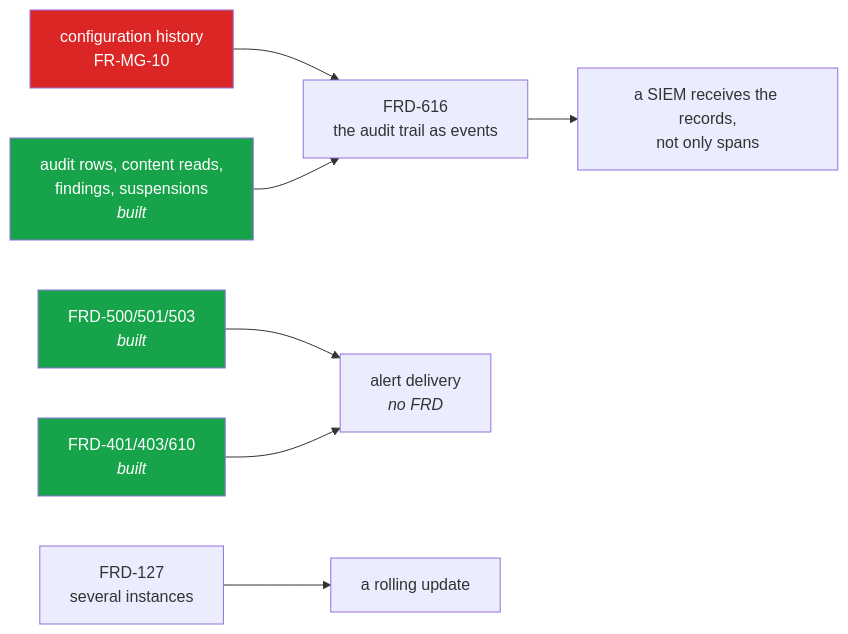
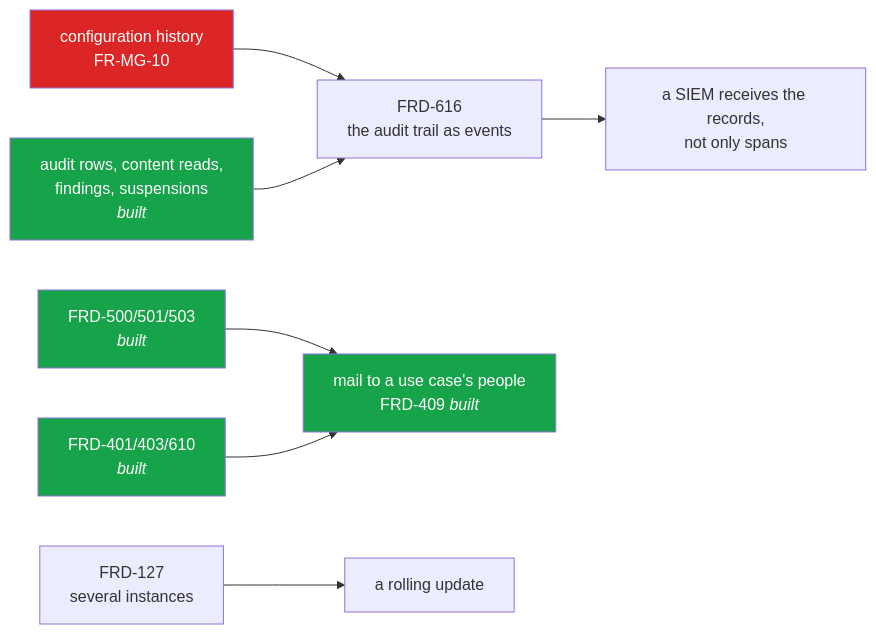
Before and after one commit to InigoImago/AIRA-Gateway: the diagram in docs/GAP-ANALYSIS.md, drawn with Mermaid. The commit also changed other lines of this file and 77 other files, not shown here.

````diff
--- a/docs/GAP-ANALYSIS.md
+++ b/docs/GAP-ANALYSIS.md
@@ -330,14 +330,15 @@
 ```mermaid
 graph LR
     history["configuration history<br/>FR-MG-10"] --> stream["FRD-616<br/>the audit trail as events"]
     rows["audit rows, content reads,<br/>findings, suspensions<br/><i>built</i>"] --> stream
     stream --> siem["a SIEM receives the records,<br/>not only spans"]
-    findings["FRD-500/501/503<br/><i>built</i>"] --> deliver["alert delivery<br/><i>no FRD</i>"]
+    findings["FRD-500/501/503<br/><i>built</i>"] --> deliver["mail to a use case's people<br/>FRD-409 <i>built</i>"]
     budgets["FRD-401/403/610<br/><i>built</i>"] --> deliver
     fleet["FRD-127<br/>several instances"] --> rolling["a rolling update"]
 
     style history fill:#dc2626,color:#fff
     style rows fill:#16a34a,color:#fff
     style findings fill:#16a34a,color:#fff
     style budgets fill:#16a34a,color:#fff
+    style deliver fill:#16a34a,color:#fff
 ```
````
